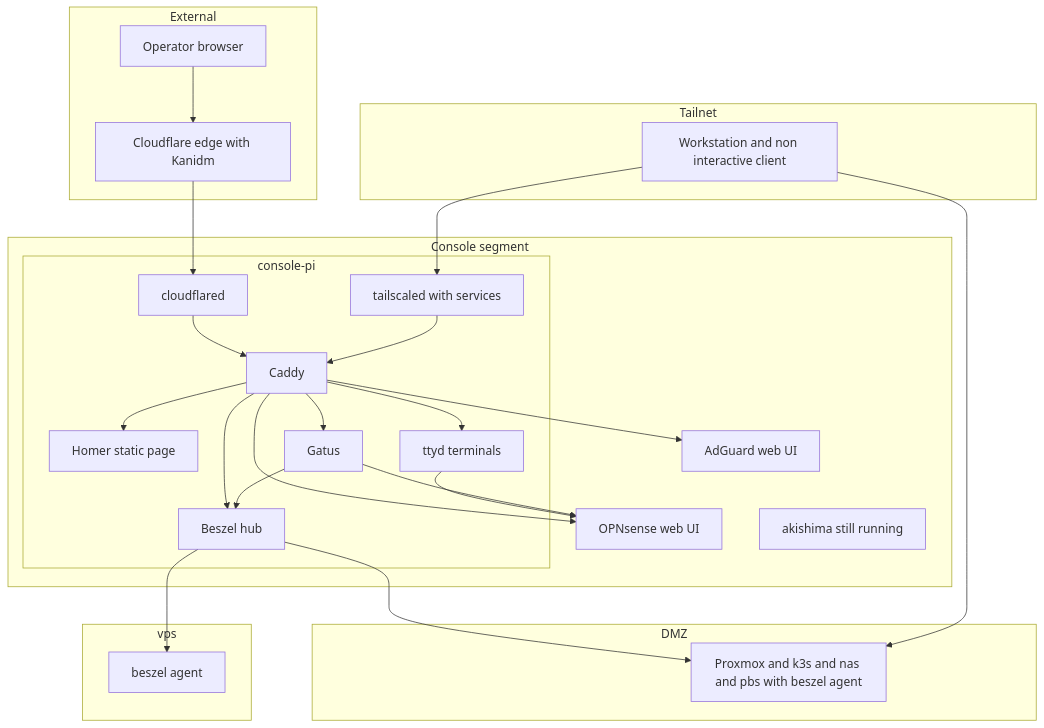
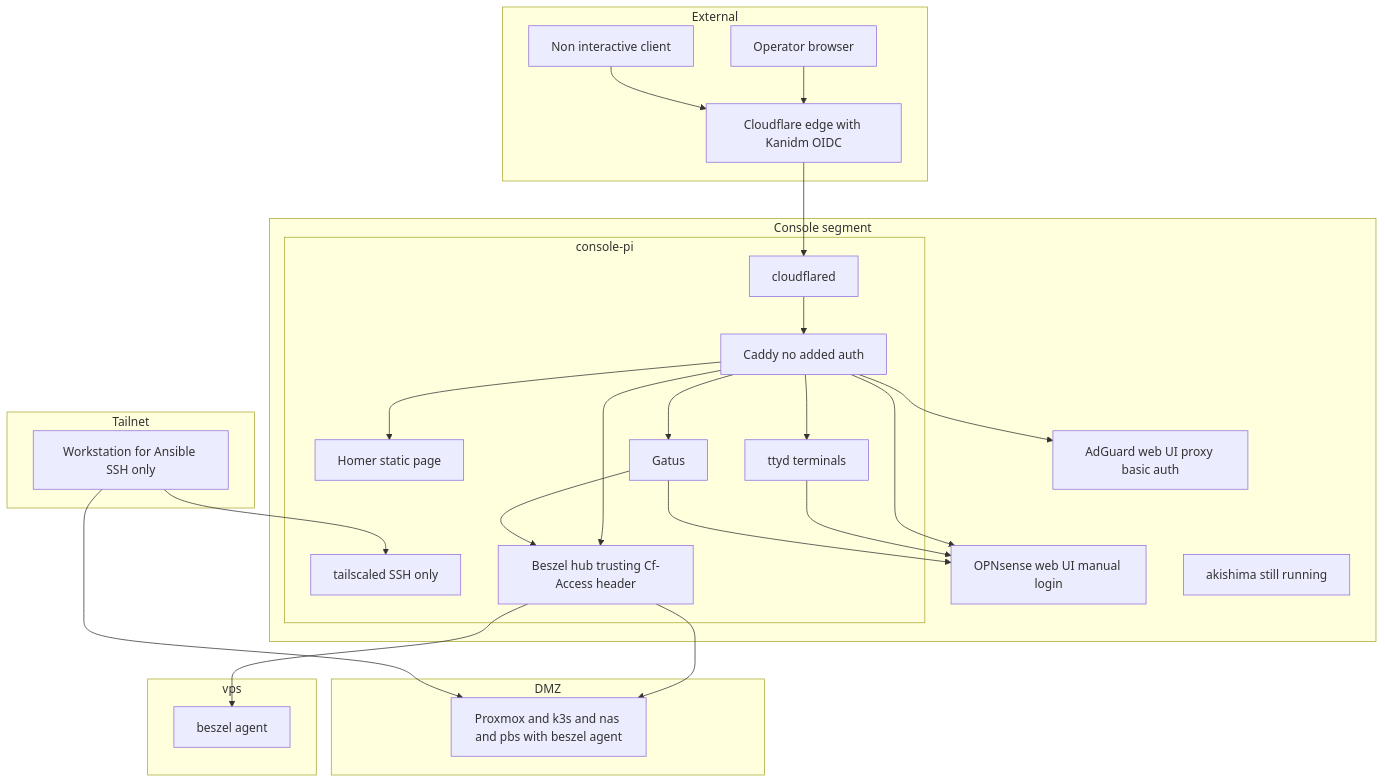
Before and after one commit to tom1022/my-home-network: the first of 5 diagrams in .kiro/specs/admin-plane-rebuild/design.md, drawn with Mermaid. The commit also changed other lines of this file and 26 other files, not shown here.

````diff
--- a/.kiro/specs/admin-plane-rebuild/design.md
+++ b/.kiro/specs/admin-plane-rebuild/design.md
@@ -82,48 +83,49 @@
 ```mermaid
 graph TB
     subgraph External
         Browser[Operator browser]
-        CFEdge[Cloudflare edge with Kanidm]
+        NonInteractive[Non interactive client]
+        CFEdge[Cloudflare edge with Kanidm OIDC]
     end
     subgraph Tailnet
-        Workstation[Workstation and non interactive client]
+        Workstation[Workstation for Ansible SSH only]
     end
     subgraph ConsoleSegment[Console segment]
         subgraph ConsolePi[console-pi]
             Cloudflared[cloudflared]
-            Tailscaled[tailscaled with services]
-            Caddy[Caddy]
+            Tailscaled[tailscaled SSH only]
+            Caddy[Caddy no added auth]
             Homer[Homer static page]
             Gatus[Gatus]
-            BeszelHub[Beszel hub]
+            BeszelHub[Beszel hub trusting Cf-Access header]
             Ttyd[ttyd terminals]
         end
-        OpnUI[OPNsense web UI]
-        AdGuardUI[AdGuard web UI]
+        OpnUI[OPNsense web UI manual login]
+        AdGuardUI[AdGuard web UI proxy basic auth]
         Akishima[akishima still running]
     end
     subgraph DMZ
         DmzHosts[Proxmox and k3s and nas and pbs with beszel agent]
     end
     subgraph Vps[vps]
         VpsAgent[beszel agent]
     end
 
     Browser --> CFEdge
+    NonInteractive --> CFEdge
     CFEdge --> Cloudflared
     Cloudflared --> Caddy
     Workstation --> Tailscaled
-    Tailscaled --> Caddy
     Caddy --> Homer
     Caddy --> OpnUI
     Caddy --> AdGuardUI
+    Caddy --> Ttyd
     Caddy --> Gatus
     Caddy --> BeszelHub
-    Caddy --> Ttyd
     Ttyd --> OpnUI
     Gatus --> OpnUI
     Gatus --> BeszelHub
     BeszelHub --> DmzHosts
     BeszelHub --> VpsAgent
     Workstation --> DmzHosts
 ```
````
